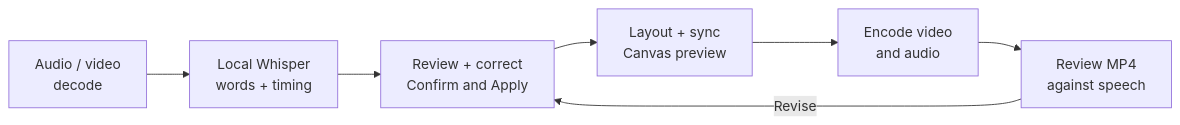
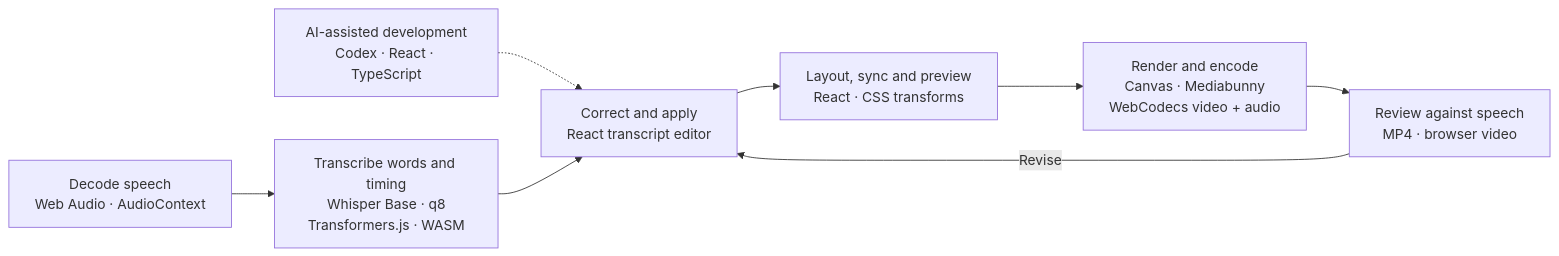
The diagram in projects/06-kinetic-typography/README.md (MuwenTriLi/creative-workflows), drawn with Mermaid before and after one commit. The commit also changed other lines of this file and 19 other files, not shown here.

Commit message:
Apply portfolio review comments and clarify workflow evidence

````diff
--- a/projects/06-kinetic-typography/README.md
+++ b/projects/06-kinetic-typography/README.md
@@ -40,9 +36,10 @@
 ```mermaid
 flowchart LR
-    A["Audio / video<br/>decode"] --> B["Local Whisper<br/>words + timing"]
-    B --> C["Review + correct<br/>Confirm and Apply"]
-    C --> D["Layout + sync<br/>Canvas preview"]
-    D --> E["Encode video<br/>and audio"]
-    E --> F["Review MP4<br/>against speech"]
+    DEV["AI-assisted development<br/>Codex · React · TypeScript"] -.-> C
+    A["Decode speech<br/>Web Audio · AudioContext"] --> B["Transcribe words and timing<br/>Whisper Base · q8<br/>Transformers.js · WASM"]
+    B --> C["Correct and apply<br/>React transcript editor"]
+    C --> D["Layout, sync and preview<br/>React · CSS transforms"]
+    D --> E["Render and encode<br/>Canvas · Mediabunny<br/>WebCodecs video + audio"]
+    E --> F["Review against speech<br/>MP4 · browser video"]
     F -->|Revise| C
 ```
````
